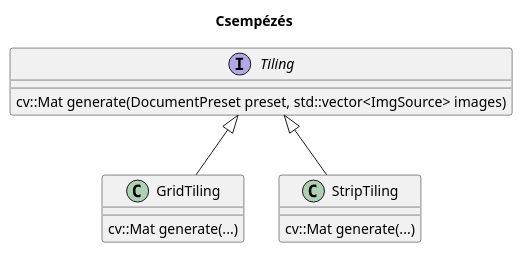
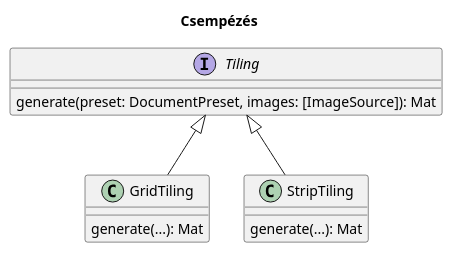
One commit to Gilgames32/printf changed the diagram in uml/tiling.puml. Above: the diagram before and after it, drawn with PlantUML. The commit also changed 11 other files, not shown here.

```diff
--- a/uml/tiling.puml
+++ b/uml/tiling.puml
@@ -1,19 +1,19 @@
 @startuml tiling
 
 title Csempézés
 
 interface Tiling {
-    cv::Mat generate(DocumentPreset preset, std::vector<ImgSource> images)
+    generate(preset: DocumentPreset, images: [ImageSource]): Mat
 }
 
 class GridTiling {
-    cv::Mat generate(...)
+    generate(...): Mat
 }
 Tiling <|-- GridTiling
 
 class StripTiling {
-    cv::Mat generate(...)
+    generate(...): Mat
 }
 Tiling <|-- StripTiling
 
 @enduml
```
